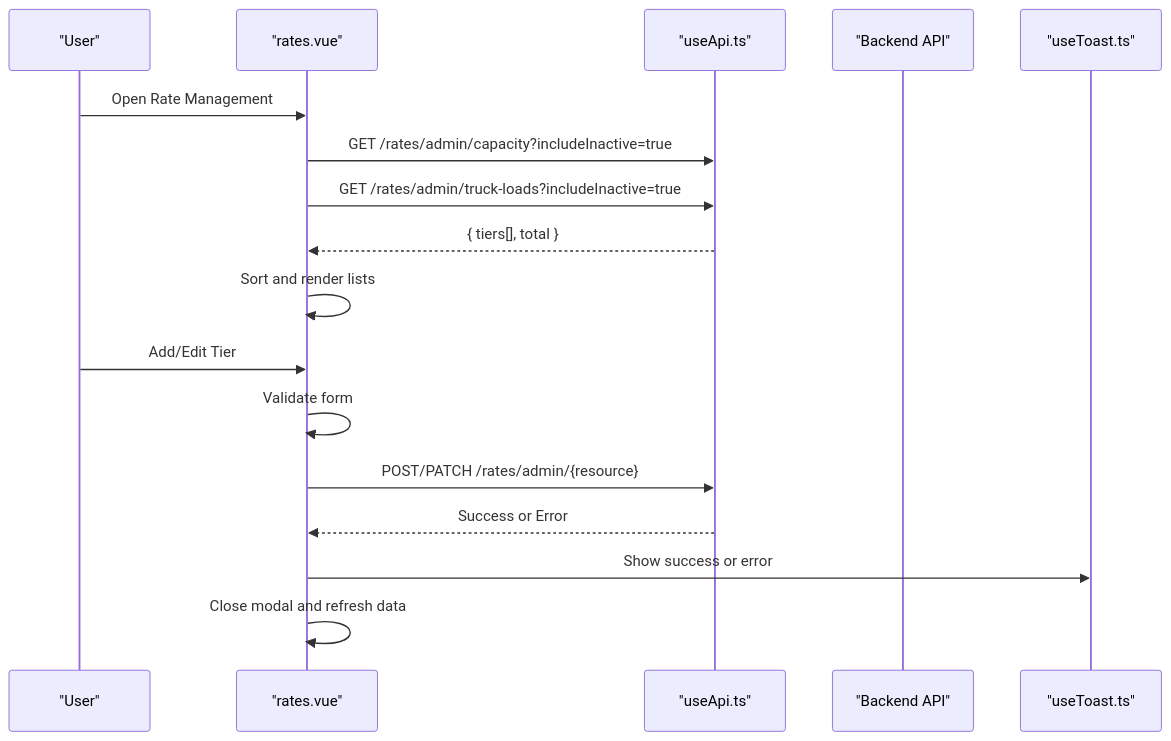
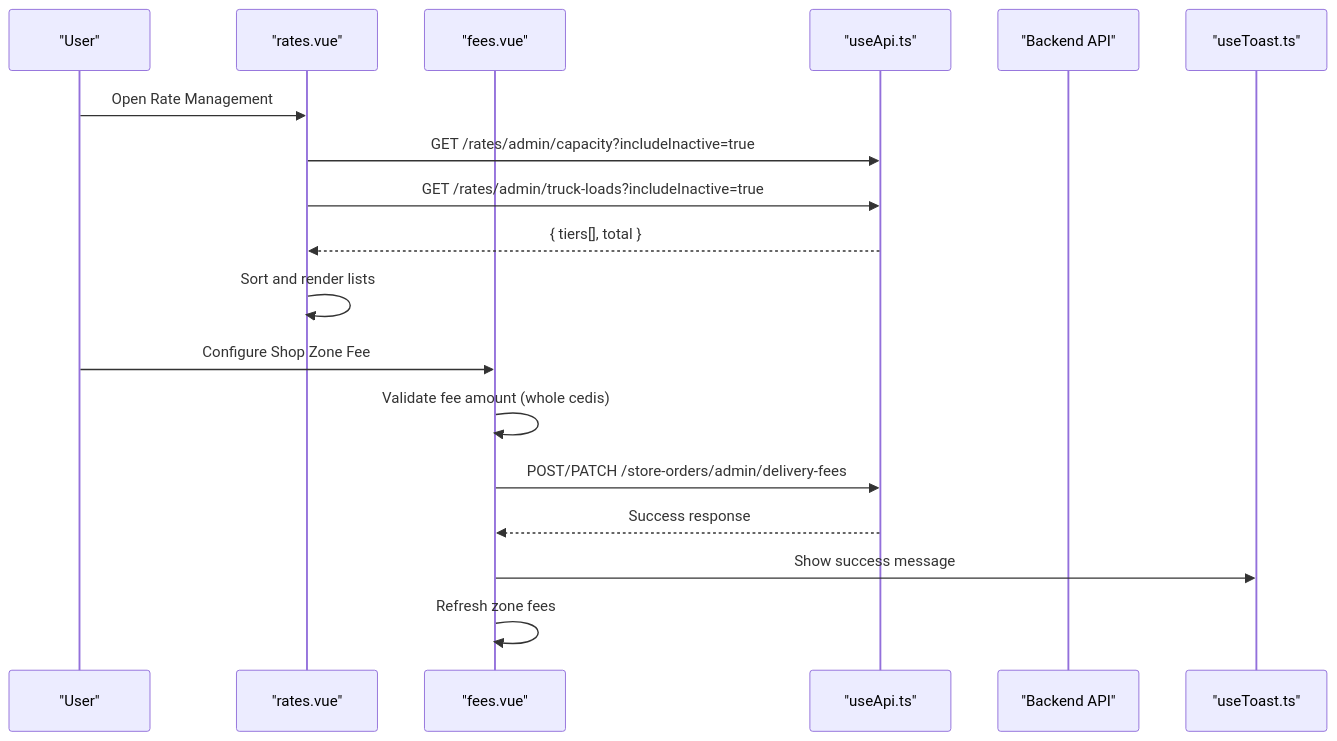
The second of 5 diagrams in .qoder/repowiki/en/content/Business Modules/Billing & Subscriptions/Rate Management System.md (Lazynerd-Studios/lacarte-atlas-console), drawn with Mermaid before and after one commit. The commit also changed other lines of this file and 32 other files, not shown here.

First line of the commit message:
refactor(admin-panel): remove obsolete admin guides on pricing and rate management

````diff
--- a/.qoder/repowiki/en/content/Business Modules/Billing & Subscriptions/Rate Management System.md
+++ b/.qoder/repowiki/en/content/Business Modules/Billing & Subscriptions/Rate Management System.md
@@ -115,19 +141,20 @@
 ```mermaid
 sequenceDiagram
 participant User as "User"
-participant Page as "rates.vue"
+participant RatesPage as "rates.vue"
+participant FeesPage as "fees.vue"
 participant Api as "useApi.ts"
 participant Backend as "Backend API"
 participant Toast as "useToast.ts"
-User->>Page : Open Rate Management
-Page->>Api : GET /rates/admin/capacity?includeInactive=true
-Page->>Api : GET /rates/admin/truck-loads?includeInactive=true
-Api-->>Page : { tiers[], total }
-Page->>Page : Sort and render lists
-User->>Page : Add/Edit Tier
-Page->>Page : Validate form
-Page->>Api : POST/PATCH /rates/admin/{resource}
-Api-->>Page : Success or Error
-Page->>Toast : Show success or error
-Page->>Page : Close modal and refresh data
+User->>RatesPage : Open Rate Management
+RatesPage->>Api : GET /rates/admin/capacity?includeInactive=true
+RatesPage->>Api : GET /rates/admin/truck-loads?includeInactive=true
+Api-->>RatesPage : { tiers[], total }
+RatesPage->>RatesPage : Sort and render lists
+User->>FeesPage : Configure Shop Zone Fee
+FeesPage->>FeesPage : Validate fee amount (whole cedis)
+FeesPage->>Api : POST/PATCH /store-orders/admin/delivery-fees
+Api-->>FeesPage : Success response
+FeesPage->>Toast : Show success message
+FeesPage->>FeesPage : Refresh zone fees
 ```
````
